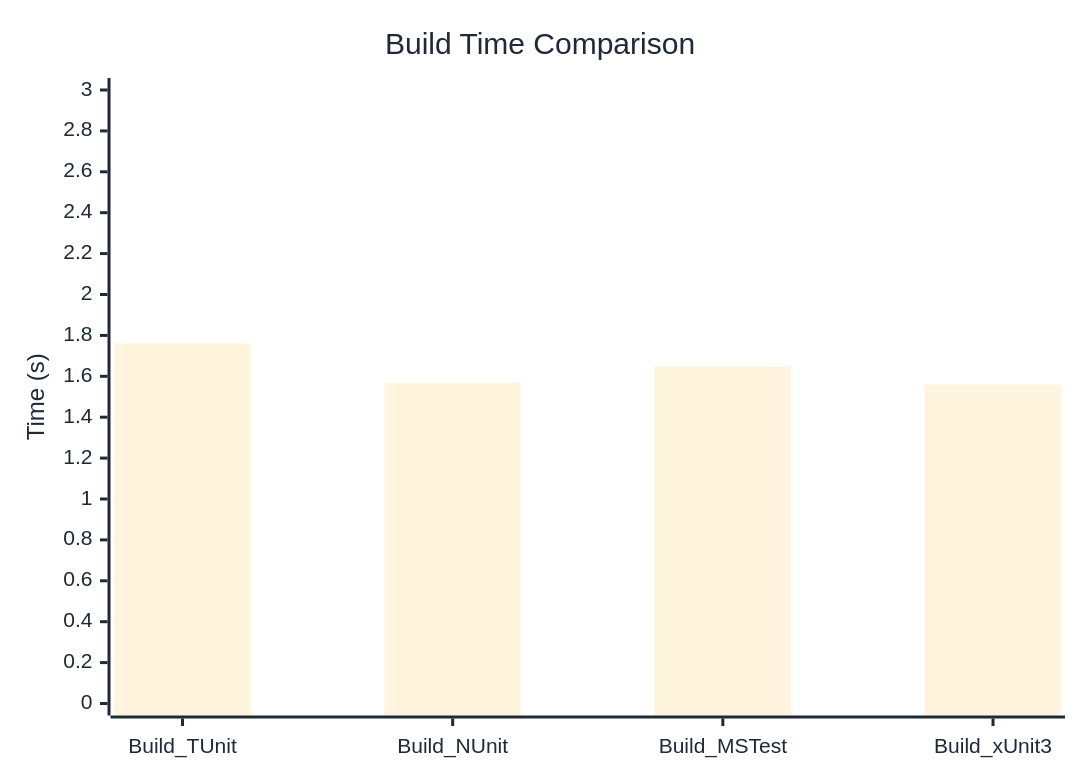
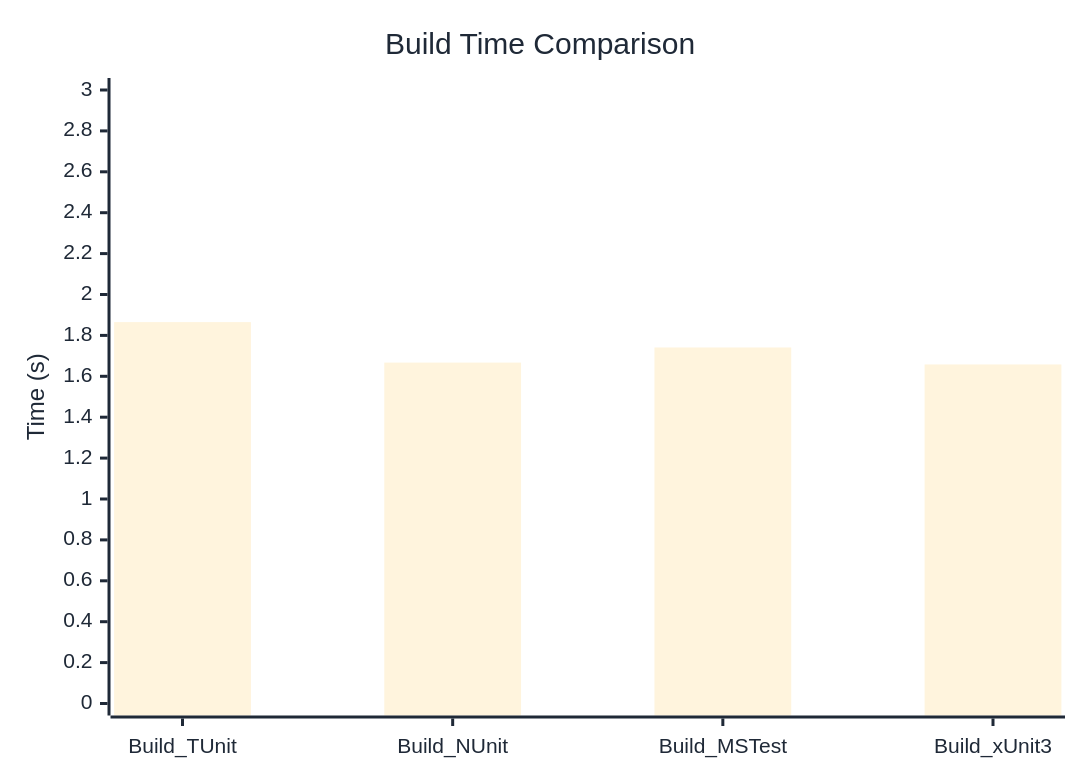
One commit to thomhurst/TUnit changed the diagram in docs/docs/benchmarks/BuildTime.md. Above: the diagram before and after it, drawn with Mermaid. The commit also changed other lines of this file and 17 other files, not shown here.

````diff
--- a/docs/docs/benchmarks/BuildTime.md
+++ b/docs/docs/benchmarks/BuildTime.md
@@ -28,37 +28,37 @@
 ```mermaid
 %%{init: {
   'theme':'base',
   'themeVariables': {
     'primaryColor': '#2563eb',
     'primaryTextColor': '#1f2937',
     'primaryBorderColor': '#1e40af',
     'lineColor': '#6b7280',
     'secondaryColor': '#7c3aed',
     'tertiaryColor': '#dc2626',
     'background': '#ffffff',
     'mainBkg': '#2563eb',
     'secondBkg': '#7c3aed',
     'tertiaryBkg': '#dc2626',
     'clusterBkg': '#f3f4f6',
     'edgeLabelBackground': '#ffffff',
     'tertiaryTextColor': '#1f2937',
     'pie1': '#2563eb',
     'pie2': '#7c3aed',
     'pie3': '#dc2626',
     'pie4': '#f59e0b',
     'pie5': '#10b981',
     'pie6': '#06b6d4',
     'pie7': '#ec4899',
     'pie8': '#6366f1',
     'pie9': '#84cc16',
     'pie10': '#f97316',
     'pie11': '#14b8a6',
     'pie12': '#a855f7'
   }
 }}%%
 xychart-beta
   title "Build Time Comparison"
   x-axis ["Build_TUnit", "Build_NUnit", "Build_MSTest", "Build_xUnit3"]
   y-axis "Time (s)" 0 --> 3
-  bar [1.761, 1.568, 1.648, 1.559]
+  bar [1.865, 1.667, 1.741, 1.658]
 ```
````
